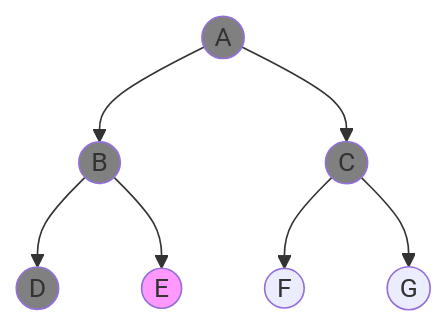
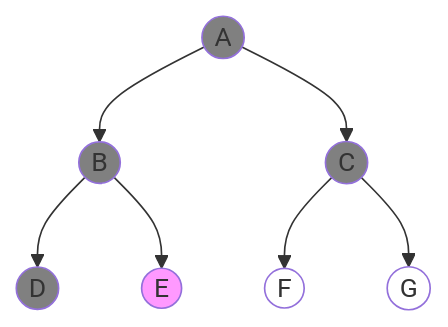
Before and after one commit to gurpreet-ai/gurpreet-ai.github.io: the fifth of 22 diagrams in _posts/2020-04-20-Uninformed-Search-Strategies.md, drawn with Mermaid. The commit also changed other lines of this file and 3 other files, not shown here.

````diff
--- a/_posts/2020-04-20-Uninformed-Search-Strategies.md
+++ b/_posts/2020-04-20-Uninformed-Search-Strategies.md
@@ -68,14 +81,16 @@
 ```mermaid
 graph TB
 A((A)) --> B((B))
 A --> C((C))
 B --> D((D))
 B --> E((E))
 C --> F((F))
 C --> G((G))
 style A fill:#808080
 style B fill:#808080
 style C fill:#808080
 style D fill:#808080
 style E fill:#f9f
+style F fill:white
+style G fill:white
 ```
````
